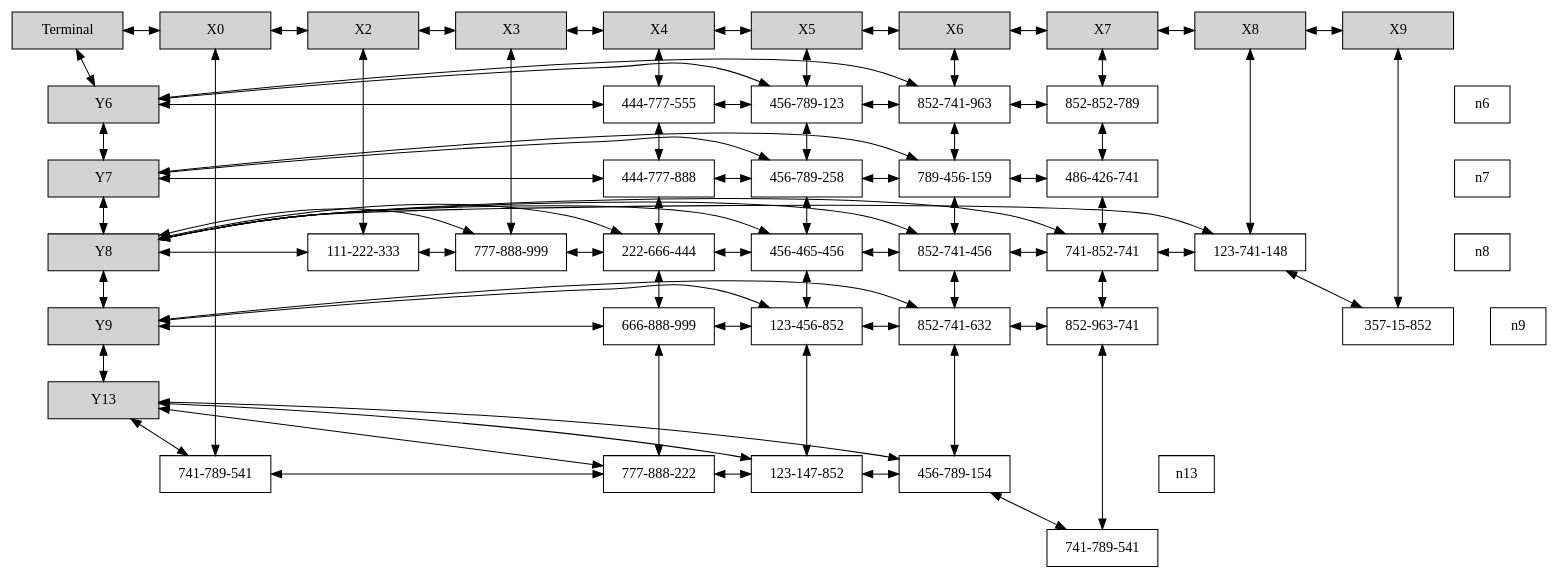
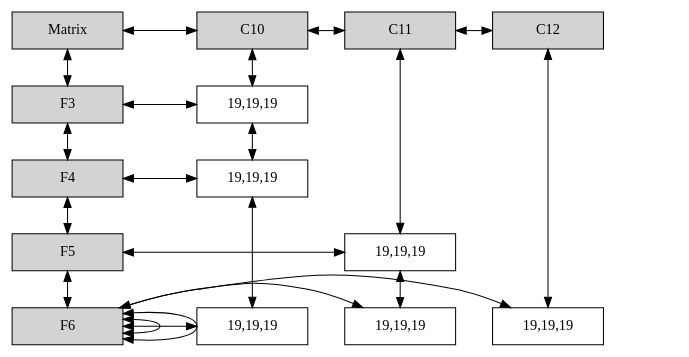
The diagram in Capa2.dot (EH0809/EDD_2S2019_PY1_201520498), drawn with Graphviz before and after one commit.

```diff
--- a/Capa2.dot
+++ b/Capa2.dot
@@ -1,170 +1,52 @@
-digraph { 
+digraph Sparse_Matrix{
 node [shape=box]
 graph[nodesep = 0.5];
-Terminal[ label = "Terminal ", width = 1.5 style = filled ,group = 0 ];
+Mt[ label = "Matrix", width = 1.5, style = filled, group = 0 ];
 e0[ shape = point, width = 0 ]
 e1[ shape = point, width = 0 ]
-Terminal -> Y6[dir=both]; 
-Y6[width = 1.5 style = filled , group =0];
-Y6-> Y7[dir=both];
-n46[label="444-777-555"  width = 1.5, group = 4 ];
-Y6-> n46[dir=both];
-n46-> n56[dir=both];
-{ rank = same; n6; n46} 
-n46-> n47[dir=both];
-{ rank = same; Y6; n46} 
-n56[label="456-789-123"  width = 1.5, group = 5 ];
-Y6-> n56[dir=both];
-n56-> n66[dir=both];
-{ rank = same; n6; n56} 
-n56-> n57[dir=both];
-{ rank = same; Y6; n56} 
-n66[label="852-741-963"  width = 1.5, group = 6 ];
-Y6-> n66[dir=both];
-n66-> n76[dir=both];
-{ rank = same; n6; n66} 
-n66-> n67[dir=both];
-{ rank = same; Y6; n66} 
-n76[label="852-852-789"  width = 1.5, group = 7 ];
-n76-> n77[dir=both];
-{ rank = same; Y6; n76} 
-Y7[width = 1.5 style = filled , group =0];
-Y7-> Y8[dir=both];
-n47[label="444-777-888"  width = 1.5, group = 4 ];
-Y7-> n47[dir=both];
-n47-> n57[dir=both];
-{ rank = same; n7; n47} 
-n47-> n48[dir=both];
-{ rank = same; Y7; n47} 
-n57[label="456-789-258"  width = 1.5, group = 5 ];
-Y7-> n57[dir=both];
-n57-> n67[dir=both];
-{ rank = same; n7; n57} 
-n57-> n58[dir=both];
-{ rank = same; Y7; n57} 
-n67[label="789-456-159"  width = 1.5, group = 6 ];
-Y7-> n67[dir=both];
-n67-> n77[dir=both];
-{ rank = same; n7; n67} 
-n67-> n68[dir=both];
-{ rank = same; Y7; n67} 
-n77[label="486-426-741"  width = 1.5, group = 7 ];
-n77-> n78[dir=both];
-{ rank = same; Y7; n77} 
-Y8[width = 1.5 style = filled , group =0];
-Y8-> Y9[dir=both];
-n28[label="111-222-333"  width = 1.5, group = 2 ];
-Y8-> n28[dir=both];
-n28-> n38[dir=both];
-{ rank = same; n8; n28} 
-n38[label="777-888-999"  width = 1.5, group = 3 ];
-Y8-> n38[dir=both];
-n38-> n48[dir=both];
-{ rank = same; n8; n38} 
-n48[label="222-666-444"  width = 1.5, group = 4 ];
-Y8-> n48[dir=both];
-n48-> n58[dir=both];
-{ rank = same; n8; n48} 
-n48-> n49[dir=both];
-{ rank = same; Y8; n48} 
-n58[label="456-465-456"  width = 1.5, group = 5 ];
-Y8-> n58[dir=both];
-n58-> n68[dir=both];
-{ rank = same; n8; n58} 
-n58-> n59[dir=both];
-{ rank = same; Y8; n58} 
-n68[label="852-741-456"  width = 1.5, group = 6 ];
-Y8-> n68[dir=both];
-n68-> n78[dir=both];
-{ rank = same; n8; n68} 
-n68-> n69[dir=both];
-{ rank = same; Y8; n68} 
-n78[label="741-852-741"  width = 1.5, group = 7 ];
-Y8-> n78[dir=both];
-n78-> n88[dir=both];
-{ rank = same; n8; n78} 
-n78-> n79[dir=both];
-{ rank = same; Y8; n78} 
-n88[label="123-741-148"  width = 1.5, group = 8 ];
-Y8-> n88[dir=both];
-n88-> n98[dir=both];
-{ rank = same; n8; n88} 
-n98[label="357-15-852"  width = 1.5, group = 9 ];
-Y9[width = 1.5 style = filled , group =0];
-Y9-> Y13[dir=both];
-n49[label="666-888-999"  width = 1.5, group = 4 ];
-Y9-> n49[dir=both];
-n49-> n59[dir=both];
-{ rank = same; n9; n49} 
-n49-> n413[dir=both];
-{ rank = same; Y9; n49} 
-n59[label="123-456-852"  width = 1.5, group = 5 ];
-Y9-> n59[dir=both];
-n59-> n69[dir=both];
-{ rank = same; n9; n59} 
-n59-> n513[dir=both];
-{ rank = same; Y9; n59} 
-n69[label="852-741-632"  width = 1.5, group = 6 ];
-Y9-> n69[dir=both];
-n69-> n79[dir=both];
-{ rank = same; n9; n69} 
-n69-> n613[dir=both];
-{ rank = same; Y9; n69} 
-n79[label="852-963-741"  width = 1.5, group = 7 ];
-n79-> n713[dir=both];
-{ rank = same; Y9; n79} 
-Y13[width = 1.5 style = filled , group =0];
-n013[label="741-789-541"  width = 1.5, group = 0 ];
-Y13-> n013[dir=both];
-n013-> n413[dir=both];
-{ rank = same; n13; n013} 
-n413[label="777-888-222"  width = 1.5, group = 4 ];
-Y13-> n413[dir=both];
-n413-> n513[dir=both];
-{ rank = same; n13; n413} 
-n513[label="123-147-852"  width = 1.5, group = 5 ];
-Y13-> n513[dir=both];
-n513-> n613[dir=both];
-{ rank = same; n13; n513} 
-n613[label="456-789-154"  width = 1.5, group = 6 ];
-Y13-> n613[dir=both];
-n613-> n713[dir=both];
-{ rank = same; n13; n613} 
-n713[label="741-789-541"  width = 1.5, group = 7 ];
-Terminal ->X0[dir=both]; 
-{ rank = same;Terminal; X0 }
-X0[width = 1.5 style = filled , group =0];
-X0-> X2[dir=both];
-{ rank = same; X0;X2 }
-X0-> n013[dir=both]; 
-X2[width = 1.5 style = filled , group =2];
-X2-> X3[dir=both];
-{ rank = same; X2;X3 }
-X2-> n28[dir=both]; 
-X3[width = 1.5 style = filled , group =3];
-X3-> X4[dir=both];
-{ rank = same; X3;X4 }
-X3-> n38[dir=both]; 
-X4[width = 1.5 style = filled , group =4];
-X4-> X5[dir=both];
-{ rank = same; X4;X5 }
-X4-> n46[dir=both]; 
-X5[width = 1.5 style = filled , group =5];
-X5-> X6[dir=both];
-{ rank = same; X5;X6 }
-X5-> n56[dir=both]; 
-X6[width = 1.5 style = filled , group =6];
-X6-> X7[dir=both];
-{ rank = same; X6;X7 }
-X6-> n66[dir=both]; 
-X7[width = 1.5 style = filled , group =7];
-X7-> X8[dir=both];
-{ rank = same; X7;X8 }
-X7-> n76[dir=both]; 
-X8[width = 1.5 style = filled , group =8];
-X8-> X9[dir=both];
-{ rank = same; X8;X9 }
-X8-> n88[dir=both]; 
-X9[width = 1.5 style = filled , group =9];
-X9-> n98[dir=both]; 
+Mt -> Y3 [dir=both];
+Y3[label = "F3 "   width = 1.5 style = filled, group =0];
+Y3-> Y4[dir=both];
+Y3-> X10_3[dir=both];
+{ rank = same; Y3; X10_3 }
+Y4[label = "F4 "   width = 1.5 style = filled, group =0];
+Y4-> Y5[dir=both];
+Y4-> X10_4[dir=both];
+{ rank = same; Y4; X10_4 }
+Y5[label = "F5 "   width = 1.5 style = filled, group =0];
+Y5-> Y6[dir=both];
+Y5-> X11_5[dir=both];
+{ rank = same; Y5; X11_5 }
+Y6[label = "F6 "   width = 1.5 style = filled, group =0];
+Y6-> Y6[dir=both];
+Y6-> X12_6[dir=both];
+{ rank = same; Y6; X12_6 }
+Y6[label = "F6 "   width = 1.5 style = filled, group =0];
+Y6-> Y6[dir=both];
+Y6-> X11_6[dir=both];
+{ rank = same; Y6; X11_6 }
+Y6[label = "F6 "   width = 1.5 style = filled,group =0];
+Y6-> X10_6[dir=both];
+{ rank = same; Y6; X10_6 }
+Mt -> X10 [dir=both];
+X10[label = "C10 "   width = 1.5 style = filled, group =10];
+X10-> X11[dir=both];
+{ rank = same; Mt; X10 }
+X10_3[label = "19,19,19 "   width = 1.5, group =10];
+X10-> X10_3[dir=both];
+X10_4[label = "19,19,19 "   width = 1.5, group =10];
+X10_3-> X10_4[dir=both];
+X10_6[label = "19,19,19 "   width = 1.5, group =10];
+X10_4-> X10_6[dir=both];
+X11[label = "C11 "   width = 1.5 style = filled, group =11];
+X11-> X12[dir=both];
+{ rank = same; Mt; X11 }
+X11_5[label = "19,19,19 "   width = 1.5, group =11];
+X11-> X11_5[dir=both];
+X11_6[label = "19,19,19 "   width = 1.5, group =11];
+X11_5-> X11_6[dir=both];
+X12[label = "C12 "   width = 1.5 style = filled, group =12];
+{ rank = same; Mt; X12 }
+X12_6[label = "19,19,19 "   width = 1.5, group =12];
+X12-> X12_6[dir=both];
 }
```
